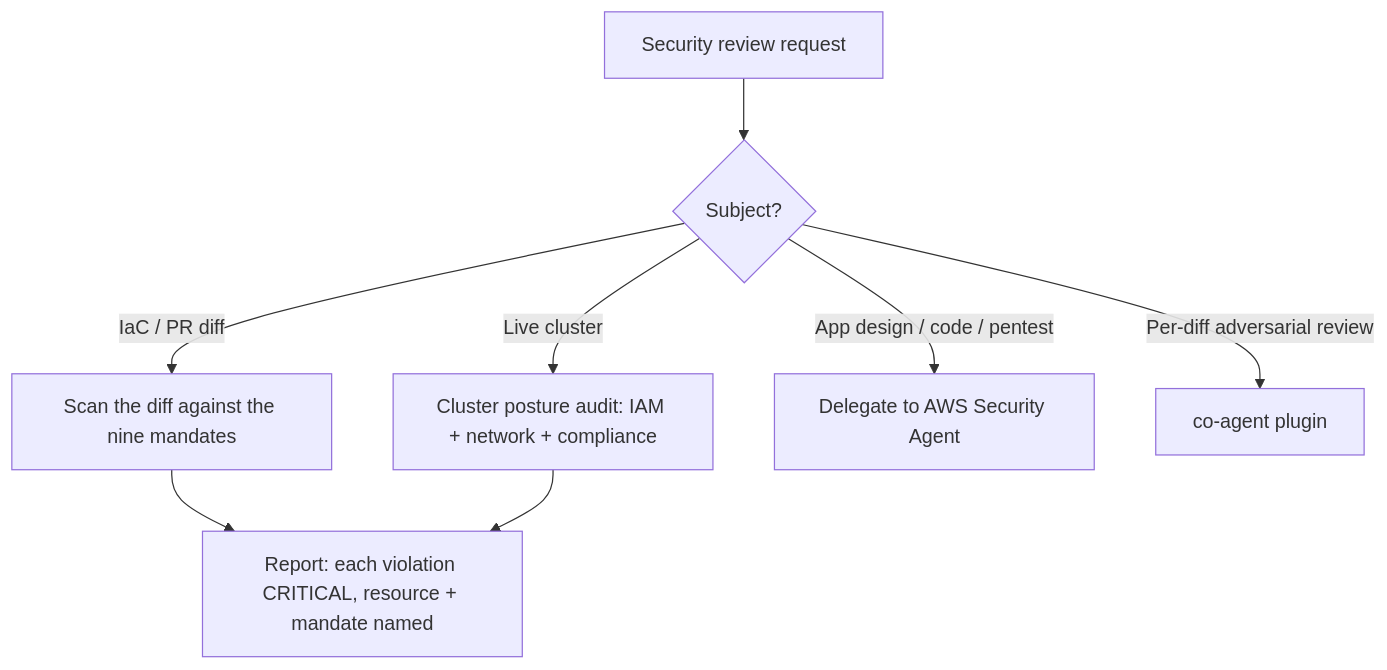
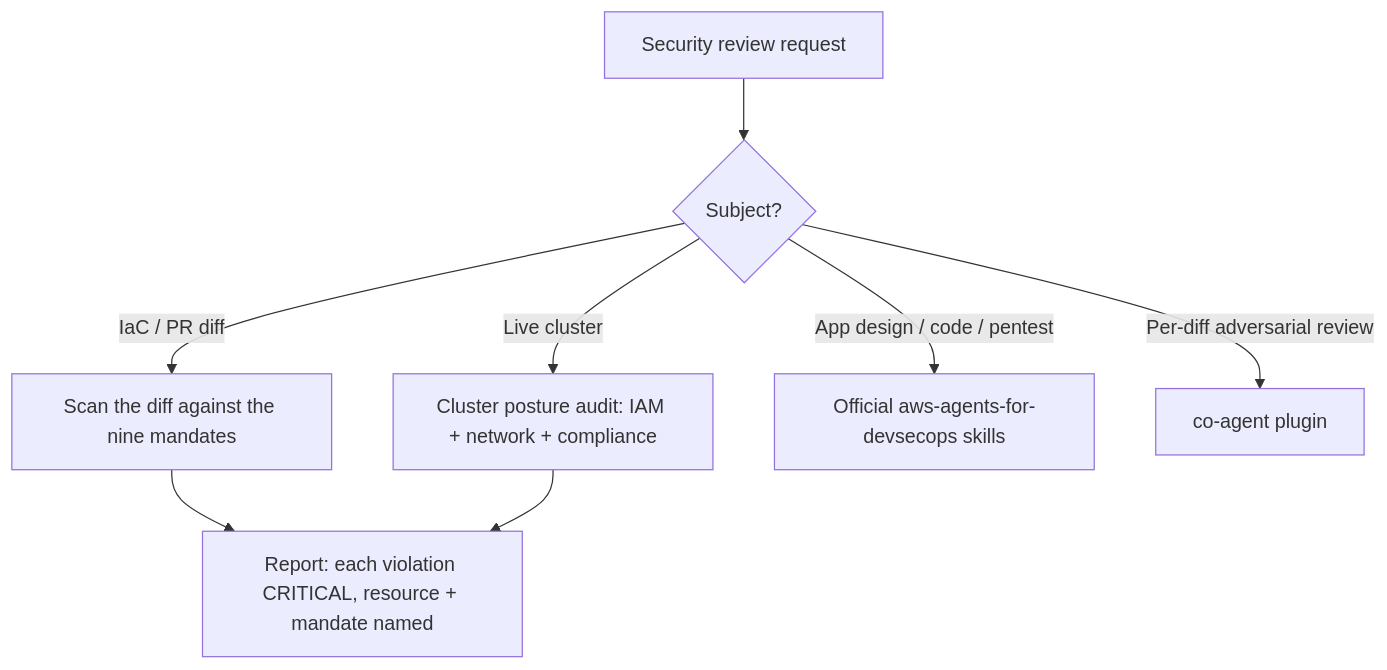
Before and after one commit to Atom-oh/oh-my-cloud-skills: the diagram in plugins/aws-ops-plugin/skills/ops-security-audit/SKILL.md, drawn with Mermaid. The commit also changed other lines of this file and 87 other files, not shown here.

````diff
--- a/plugins/aws-ops-plugin/skills/ops-security-audit/SKILL.md
+++ b/plugins/aws-ops-plugin/skills/ops-security-audit/SKILL.md
@@ -44,10 +44,10 @@
 ```mermaid
 graph TD
     A[Security review request] --> B{Subject?}
     B -->|IaC / PR diff| C[Scan the diff against the nine mandates]
     B -->|Live cluster| D[Cluster posture audit: IAM + network + compliance]
-    B -->|App design / code / pentest| E[Delegate to AWS Security Agent]
+    B -->|App design / code / pentest| E[Official aws-agents-for-devsecops skills]
     B -->|Per-diff adversarial review| F[co-agent plugin]
     C --> G[Report: each violation CRITICAL, resource + mandate named]
     D --> G
 ```
````
